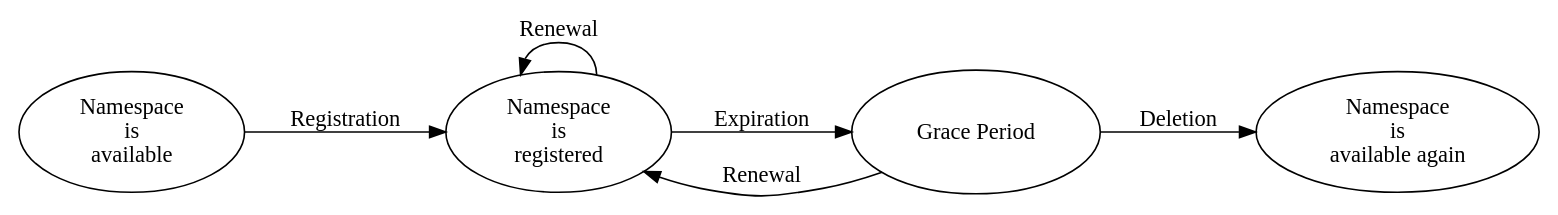
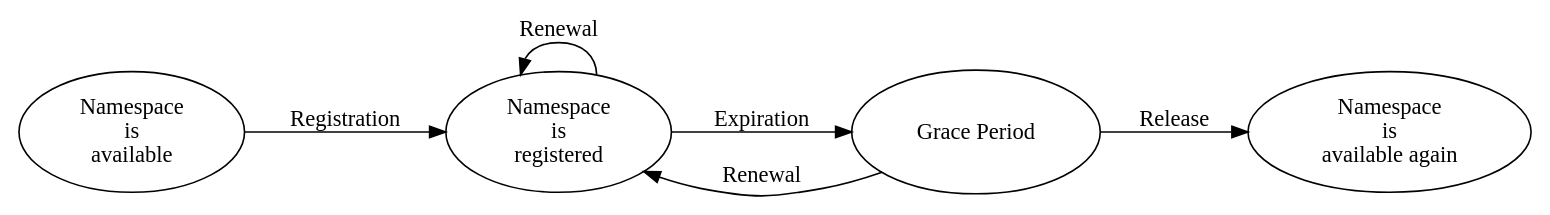
The diagram in mkdocs/pages/en/textbook/namespaces.md (symbol/symbol), drawn with Graphviz before and after one commit. The commit also changed other lines of this file and 2 other files, not shown here.

````diff
--- a/mkdocs/pages/en/textbook/namespaces.md
+++ b/mkdocs/pages/en/textbook/namespaces.md
@@ -60,16 +62,16 @@
 ```dot
 digraph "Namespace registration" {
     rankdir="LR";
     fontsize=12;
     Available [label="Namespace\nis\navailable"];
     Registered [label="Namespace\nis\nregistered"];
     "Grace Period" [label="\nGrace Period\n "];
     "Available Again" [label="Namespace\nis\navailable again"];
 
     Available -> Registered [label="Registration"];
     Registered -> "Grace Period" [label="Expiration"];
     Registered -> Registered [label="Renewal" dir=back];
     "Grace Period" -> Registered [label="\nRenewal" constraint=false];
-    "Grace Period" -> "Available Again" [label="Deletion"];
+    "Grace Period" -> "Available Again" [label="Release"];
 }
 ```
````
